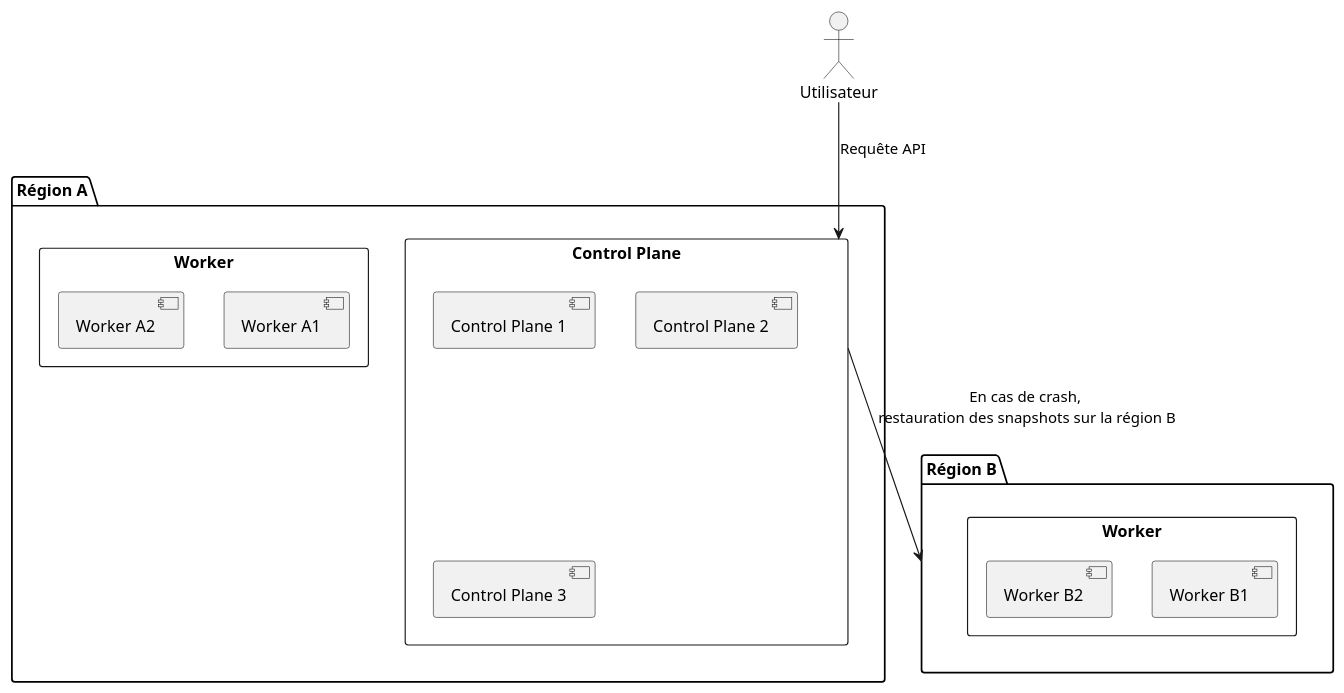
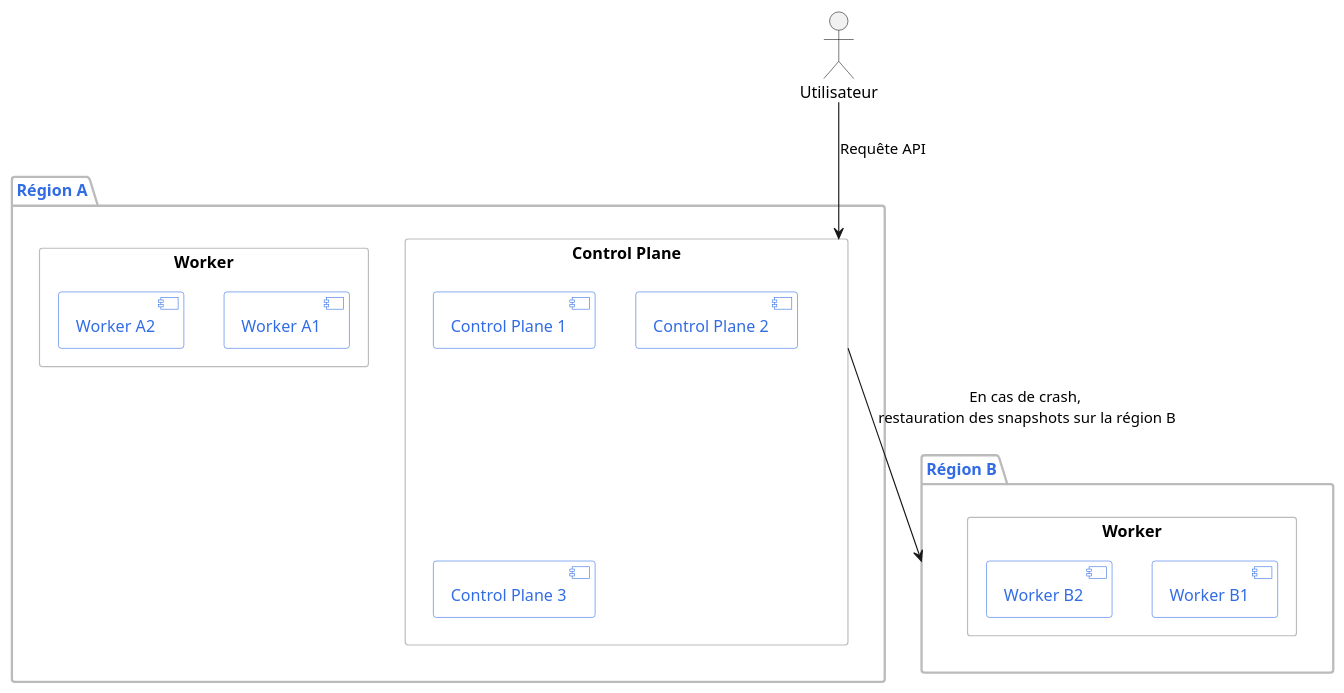
Before and after one commit to sylvainmetayer/talk-k8s-2-az: the diagram in diagrams/030-multi-cp.puml, drawn with PlantUML. The commit also changed 6 other files, not shown here.

Commit message:
Graphes uniformes + fix netpart etcd

```diff
--- a/diagrams/030-multi-cp.puml
+++ b/diagrams/030-multi-cp.puml
@@ -1,26 +1,47 @@
 @startuml
+
+skinparam package {
+    BackgroundColor #fff
+    BorderColor #bbb
+    BorderThickness 2
+    FontColor #326ce5
+    TitleFontColor #326ce5
+}
+skinparam node {
+    BackgroundColor #326ce5
+    BorderColor white
+    BorderThickness 4
+    FontColor white
+}
+
+skinparam component {
+    BackgroundColor white
+    BorderColor #326ce5
+    FontColor #326ce5
+}
+
 actor Utilisateur
 package "Région A" {
     rectangle "Control Plane" {
         component "Control Plane 1" as CP1_A
         component "Control Plane 2" as CP2_A
         component "Control Plane 3" as CP3_A
     }
     rectangle "Worker" as workerA {
         component "Worker A1"
         component "Worker A2"
     }
 }
 
 package "Région B" {
     rectangle "Worker" as workerB {
         component "Worker B1"
         component "Worker B2"
     }
 }
 
 Utilisateur --> "Control Plane" : Requête API
 
 "Control Plane" --> "Région B" : En cas de crash,\n restauration des snapshots sur la région B
 
 @enduml
```
